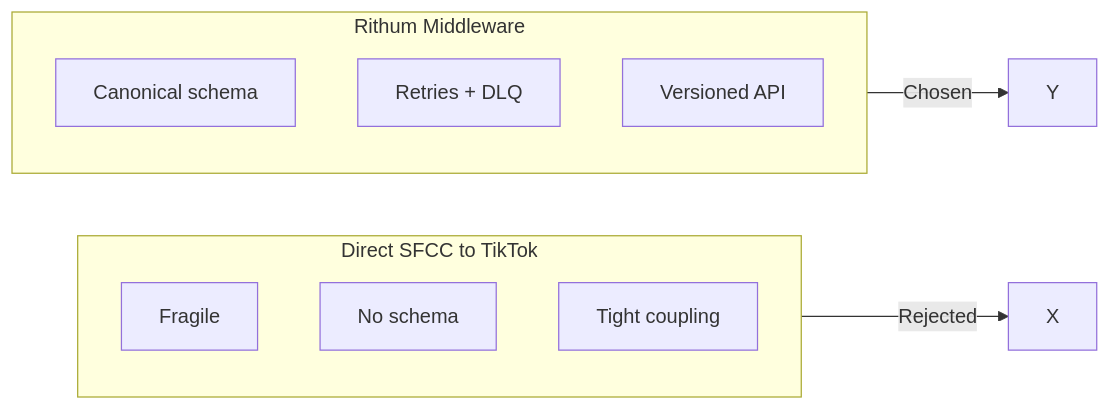
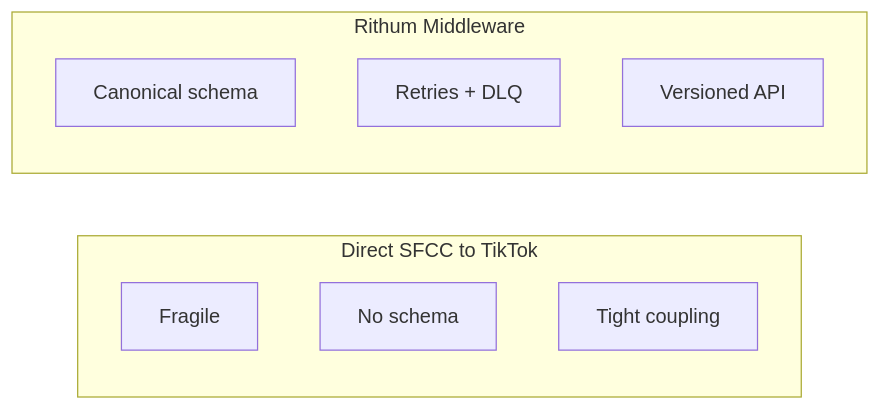
The second of 11 diagrams in presentation.md (alienfacepalm/columbia-social-order-use-case), drawn with Mermaid before and after one commit. The commit also changed other lines of this file and 7 other files, not shown here.

````diff
--- a/presentation.md
+++ b/presentation.md
@@ -97,15 +103,13 @@
 ```mermaid
 flowchart LR
     subgraph direct["Direct SFCC to TikTok"]
         D1[Fragile]
         D2[No schema]
         D3[Tight coupling]
     end
     subgraph rithum["Rithum Middleware"]
         R1["Canonical schema"]
         R2["Retries + DLQ"]
         R3["Versioned API"]
     end
-    direct -->|Rejected| X
-    rithum -->|Chosen| Y
 ```
````
